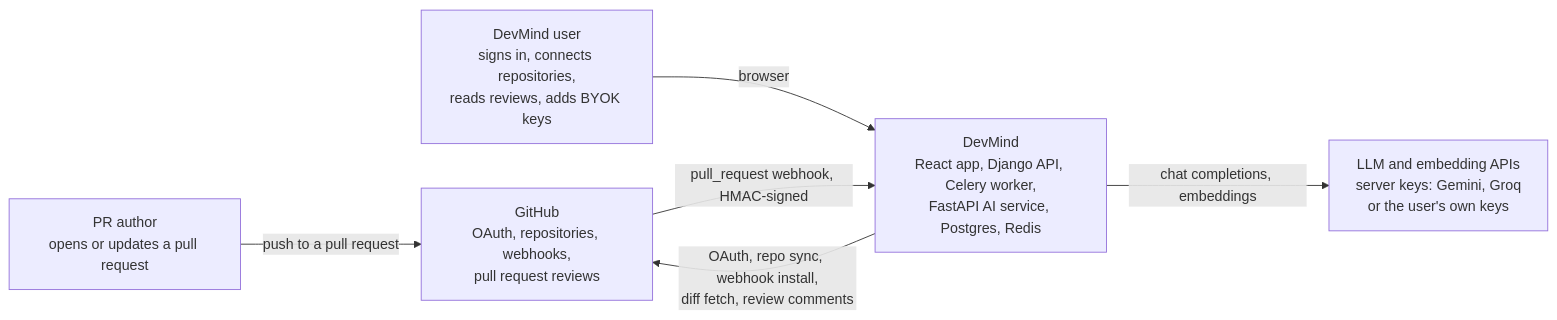
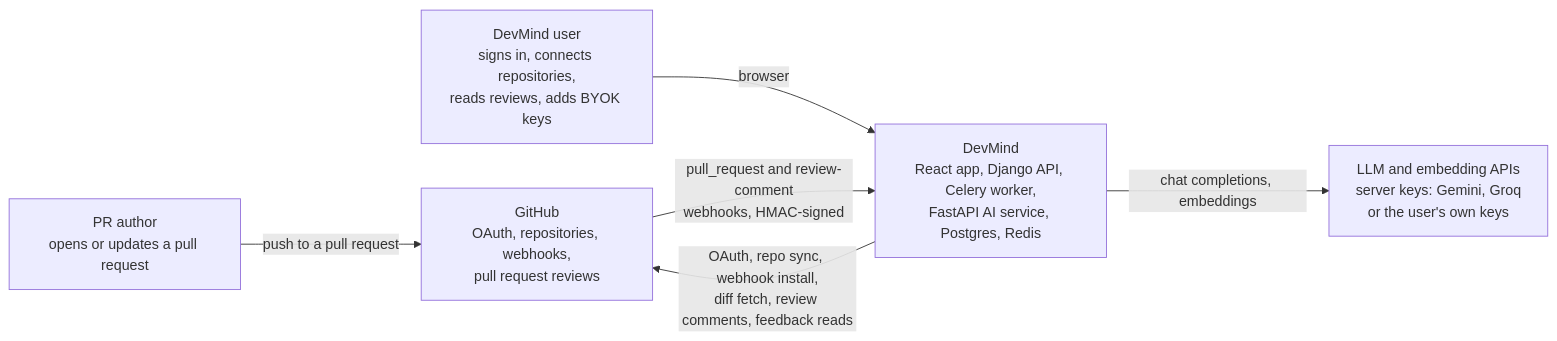
Before and after one commit to muhammedsiinanmp/Devmind: the first of 2 diagrams in README.md, drawn with Mermaid. The commit also changed other lines of this file and 1 other file, not shown here.

````diff
--- a/README.md
+++ b/README.md
@@ -21,14 +81,14 @@
 ```mermaid
 flowchart LR
     Author["PR author<br/>opens or updates a pull request"]
     User["DevMind user<br/>signs in, connects repositories,<br/>reads reviews, adds BYOK keys"]
     DM["DevMind<br/>React app, Django API, Celery worker,<br/>FastAPI AI service, Postgres, Redis"]
     GH["GitHub<br/>OAuth, repositories, webhooks,<br/>pull request reviews"]
     LLM["LLM and embedding APIs<br/>server keys: Gemini, Groq<br/>or the user's own keys"]
 
     Author -->|"push to a pull request"| GH
     User -->|"browser"| DM
-    GH -->|"pull_request webhook, HMAC-signed"| DM
-    DM -->|"OAuth, repo sync, webhook install,<br/>diff fetch, review comments"| GH
+    GH -->|"pull_request and review-comment<br/>webhooks, HMAC-signed"| DM
+    DM -->|"OAuth, repo sync, webhook install,<br/>diff fetch, review comments, feedback reads"| GH
     DM -->|"chat completions, embeddings"| LLM
 ```
````
